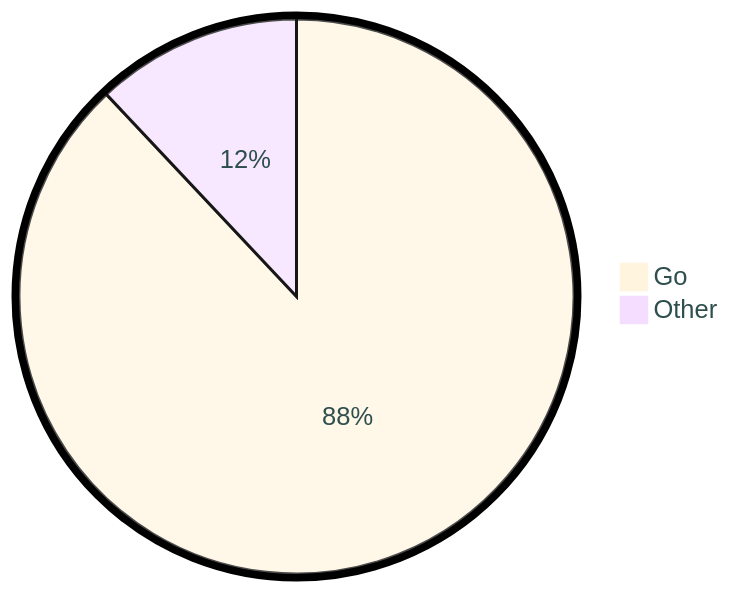
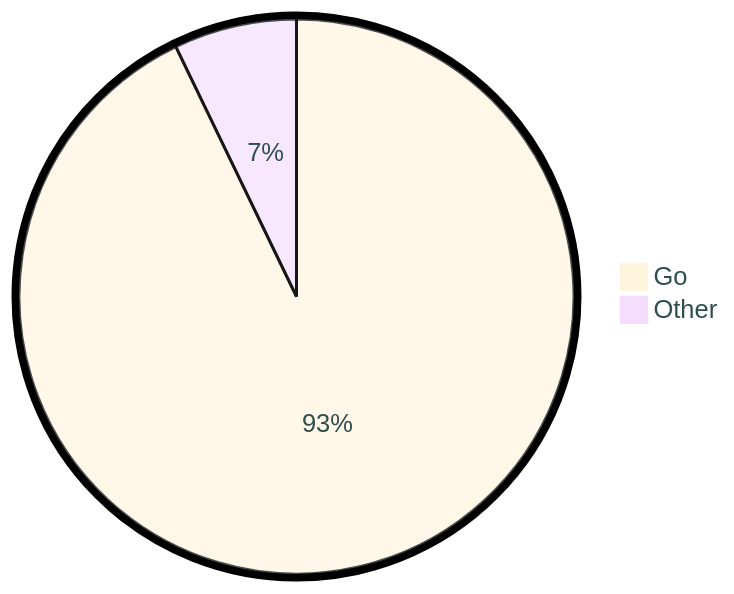
Before and after one commit to tot0p/tot0p: the diagram in README.md, drawn with Mermaid. The commit also changed other lines of this file, not shown here.

````diff
--- a/README.md
+++ b/README.md
@@ -74,6 +74,6 @@
 ```mermaid
 %%{init: {"pie": {"textPosition": 0.5}, "themeVariables": {"pieOuterStrokeWidth": "5px","primaryTextColor" : "#2F4F4F"},"theme":"base"} }%%
 pie
-	"Go": 87.98
-	"Other": 12.009999999999998
+	"Go": 92.86
+	"Other": 7.16
 ```
````
